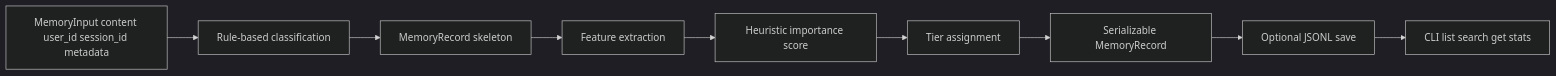
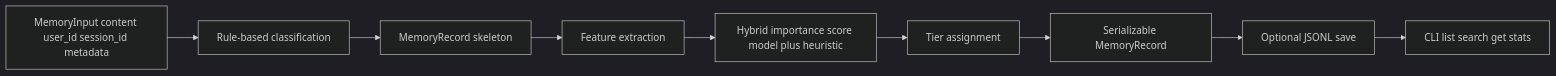
Before and after one commit to JosephRemingston/capstone: the second of 5 diagrams in system_design.md, drawn with Mermaid (dark theme). The commit also changed other lines of this file and 88 other files, not shown here.

````diff
--- a/system_design.md
+++ b/system_design.md
@@ -300,11 +302,11 @@
 ```mermaid
 flowchart LR
     A[MemoryInput content user_id session_id metadata] --> B[Rule-based classification]
     B --> C[MemoryRecord skeleton]
     C --> D[Feature extraction]
-    D --> E[Heuristic importance score]
+    D --> E[Hybrid importance score model plus heuristic]
     E --> F[Tier assignment]
     F --> G[Serializable MemoryRecord]
     G --> H[Optional JSONL save]
     H --> I[CLI list search get stats]
 ```
````
